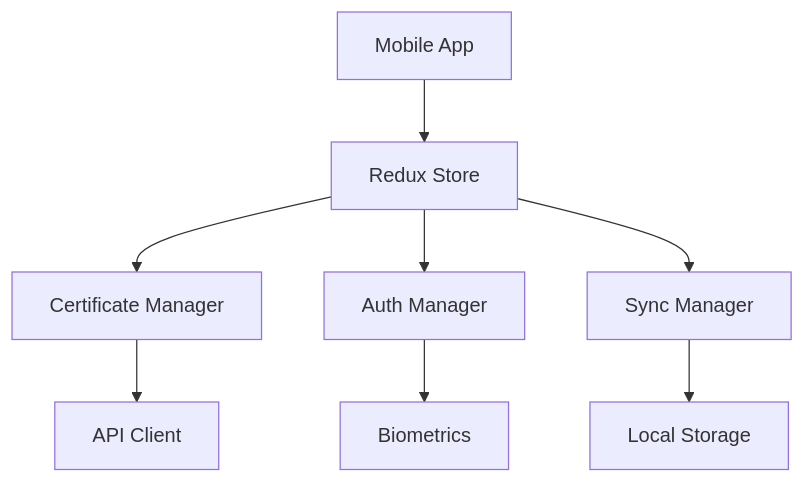
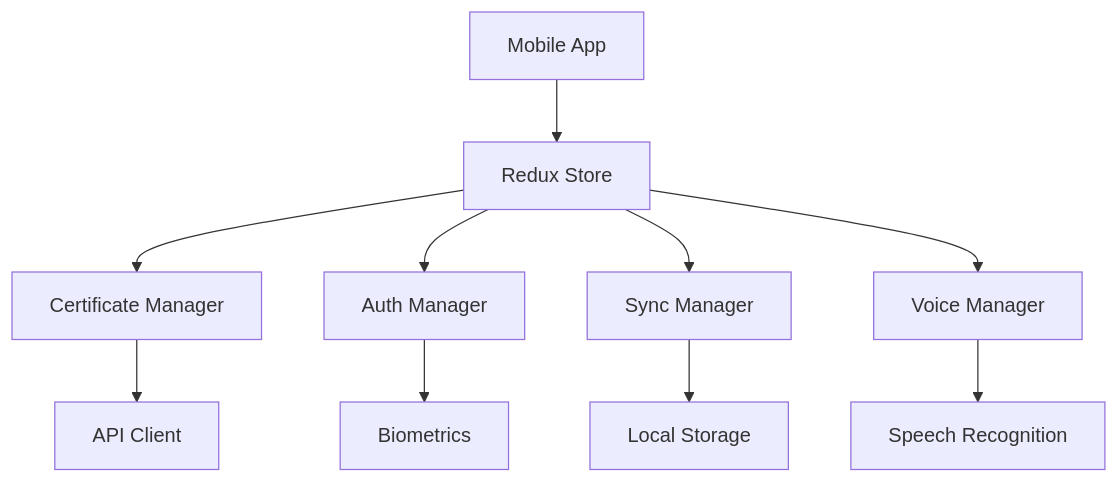
Before and after one commit to nabz0r/universal-ssl-validator: the diagram in docs/MOBILE.md, drawn with Mermaid. The commit also changed other lines of this file, not shown here.

Commit message:
Update mobile documentation with voice commands

````diff
--- a/docs/MOBILE.md
+++ b/docs/MOBILE.md
@@ -46,10 +74,12 @@
 ```mermaid
 graph TD
     A[Mobile App] --> B[Redux Store]
     B --> C[Certificate Manager]
     B --> D[Auth Manager]
     B --> E[Sync Manager]
+    B --> I[Voice Manager]
     C --> F[API Client]
     D --> G[Biometrics]
     E --> H[Local Storage]
+    I --> J[Speech Recognition]
 ```
````
